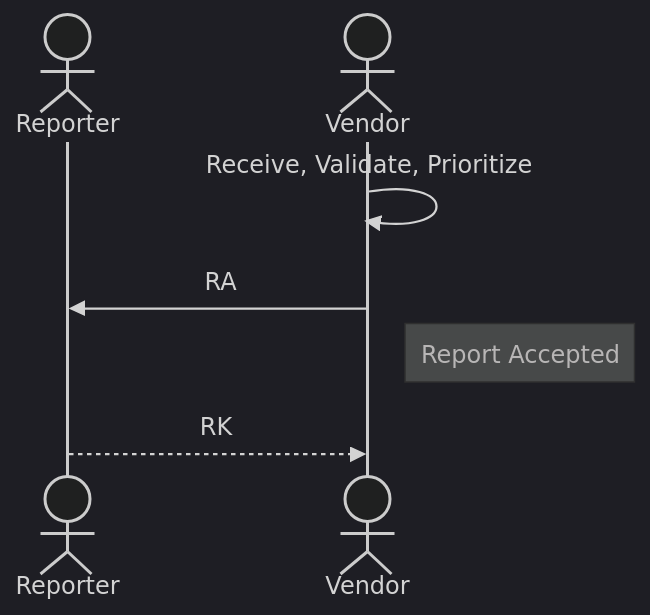
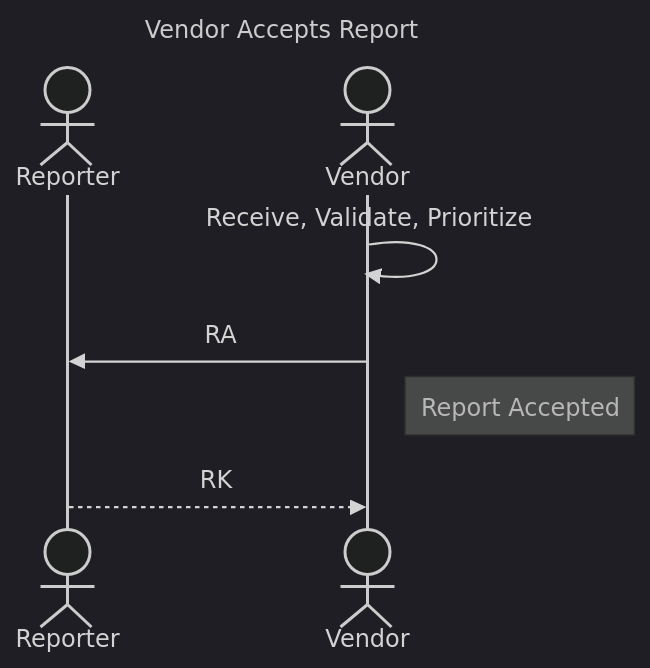
Before and after one commit to CERTCC/Vultron: the seventh of 13 diagrams in docs/tutorials/worked_example.md, drawn with Mermaid (dark theme). The commit also changed other lines of this file, not shown here.

First line of the commit message:
docs: add mermaid title: headers to worked_example.md diagrams

````diff
--- a/docs/tutorials/worked_example.md
+++ b/docs/tutorials/worked_example.md
@@ -168,10 +186,13 @@
 ```mermaid
+---
+title: Vendor Accepts Report
+---
 sequenceDiagram
     actor Reporter
     actor Vendor
 
     Vendor ->> Vendor: Receive, Validate, Prioritize
     Vendor ->> Reporter: RA
     note right of Vendor: Report Accepted
     Reporter -->> Vendor: RK
 ```
````
